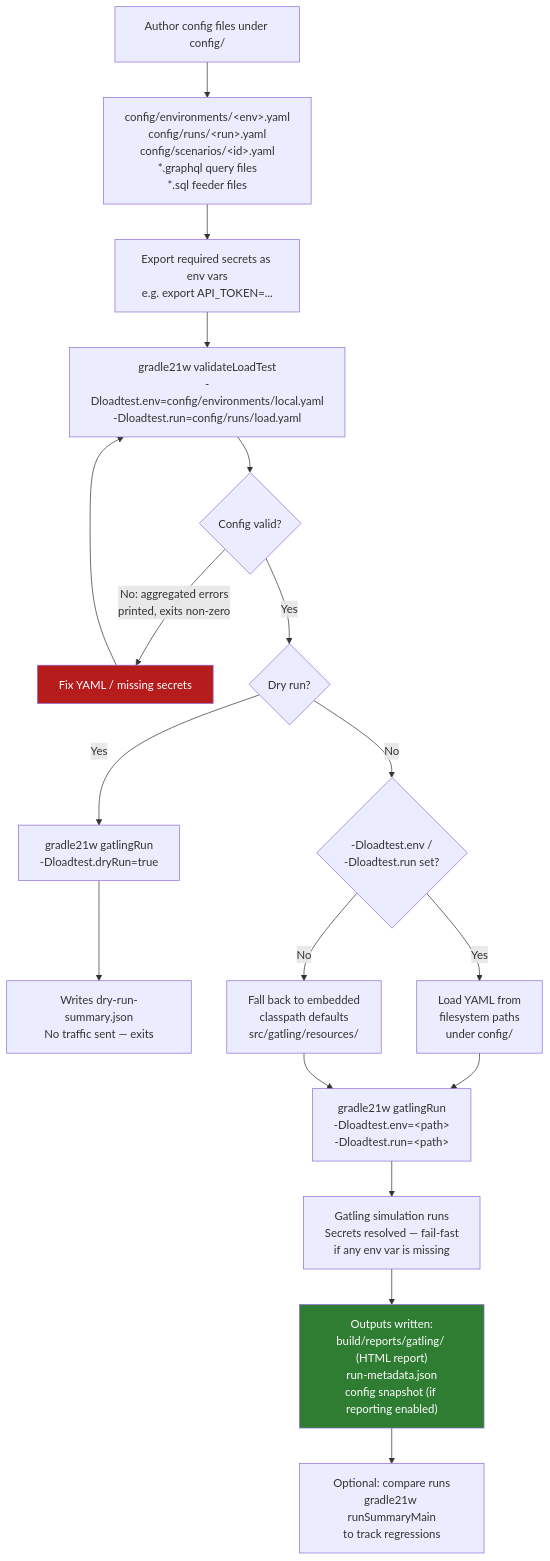
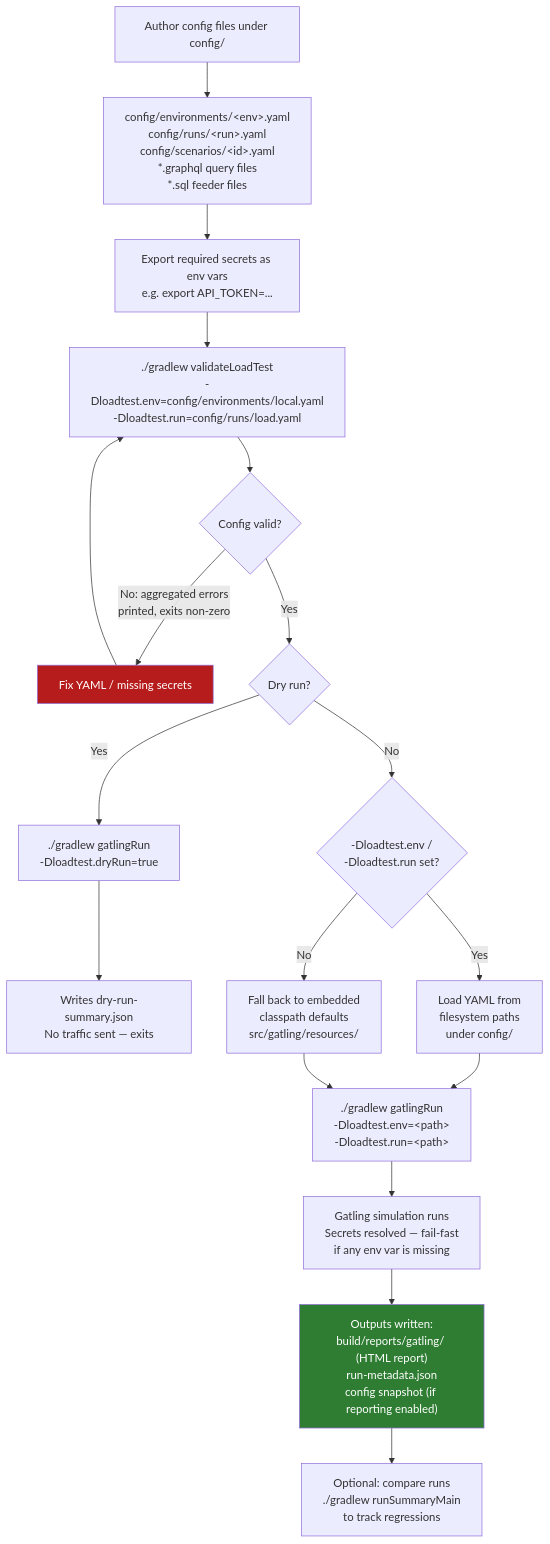
Before and after one commit to bovinemagnet/rampage: the diagram in src/docs/modules/ROOT/examples/how-to-use.mmd, drawn with Mermaid. The commit also changed 17 other files, not shown here.

```diff
--- a/src/docs/modules/ROOT/examples/how-to-use.mmd
+++ b/src/docs/modules/ROOT/examples/how-to-use.mmd
@@ -1,21 +1,21 @@
 flowchart TD
     A["Author config files under config/"] --> B["config/environments/&lt;env&gt;.yaml<br/>config/runs/&lt;run&gt;.yaml<br/>config/scenarios/&lt;id&gt;.yaml<br/>*.graphql query files<br/>*.sql feeder files"]
     B --> C["Export required secrets as env vars<br/>e.g. export API_TOKEN=..."]
-    C --> D["gradle21w validateLoadTest<br/>-Dloadtest.env=config/environments/local.yaml<br/>-Dloadtest.run=config/runs/load.yaml"]
+    C --> D["./gradlew validateLoadTest<br/>-Dloadtest.env=config/environments/local.yaml<br/>-Dloadtest.run=config/runs/load.yaml"]
     D --> E{"Config valid?"}
     E -- "No: aggregated errors<br/>printed, exits non-zero" --> F["Fix YAML / missing secrets"]
     F --> D
     E -- "Yes" --> G{"Dry run?"}
-    G -- "Yes" --> H["gradle21w gatlingRun<br/>-Dloadtest.dryRun=true"]
+    G -- "Yes" --> H["./gradlew gatlingRun<br/>-Dloadtest.dryRun=true"]
     H --> I["Writes dry-run-summary.json<br/>No traffic sent — exits"]
     G -- "No" --> J{"-Dloadtest.env /<br/>-Dloadtest.run set?"}
     J -- "Yes" --> K["Load YAML from<br/>filesystem paths<br/>under config/"]
     J -- "No" --> L["Fall back to embedded<br/>classpath defaults<br/>src/gatling/resources/"]
-    K --> M["gradle21w gatlingRun<br/>-Dloadtest.env=&lt;path&gt;<br/>-Dloadtest.run=&lt;path&gt;"]
+    K --> M["./gradlew gatlingRun<br/>-Dloadtest.env=&lt;path&gt;<br/>-Dloadtest.run=&lt;path&gt;"]
     L --> M
     M --> N["Gatling simulation runs<br/>Secrets resolved — fail-fast<br/>if any env var is missing"]
     N --> O["Outputs written:<br/>build/reports/gatling/ (HTML report)<br/>run-metadata.json<br/>config snapshot (if reporting enabled)"]
-    O --> P["Optional: compare runs<br/>gradle21w runSummaryMain<br/>to track regressions"]
+    O --> P["Optional: compare runs<br/>./gradlew runSummaryMain<br/>to track regressions"]
 
     style O fill:#2e7d32,color:#ffffff
     style F fill:#b71c1c,color:#ffffff
```
